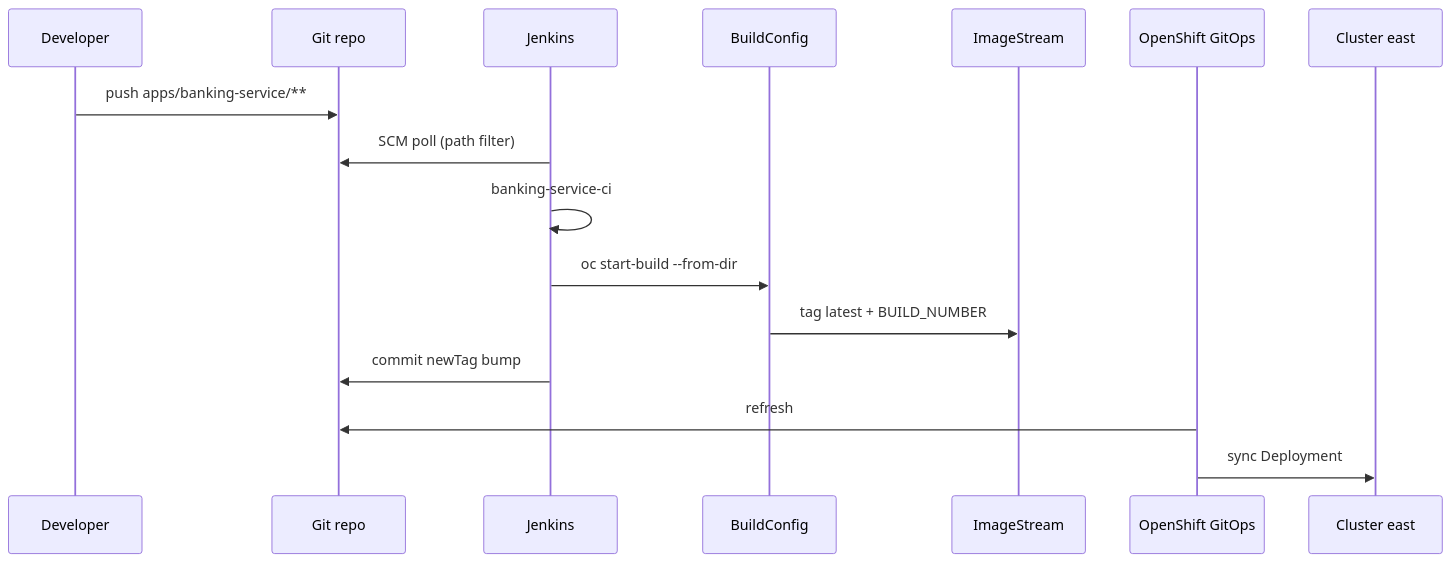
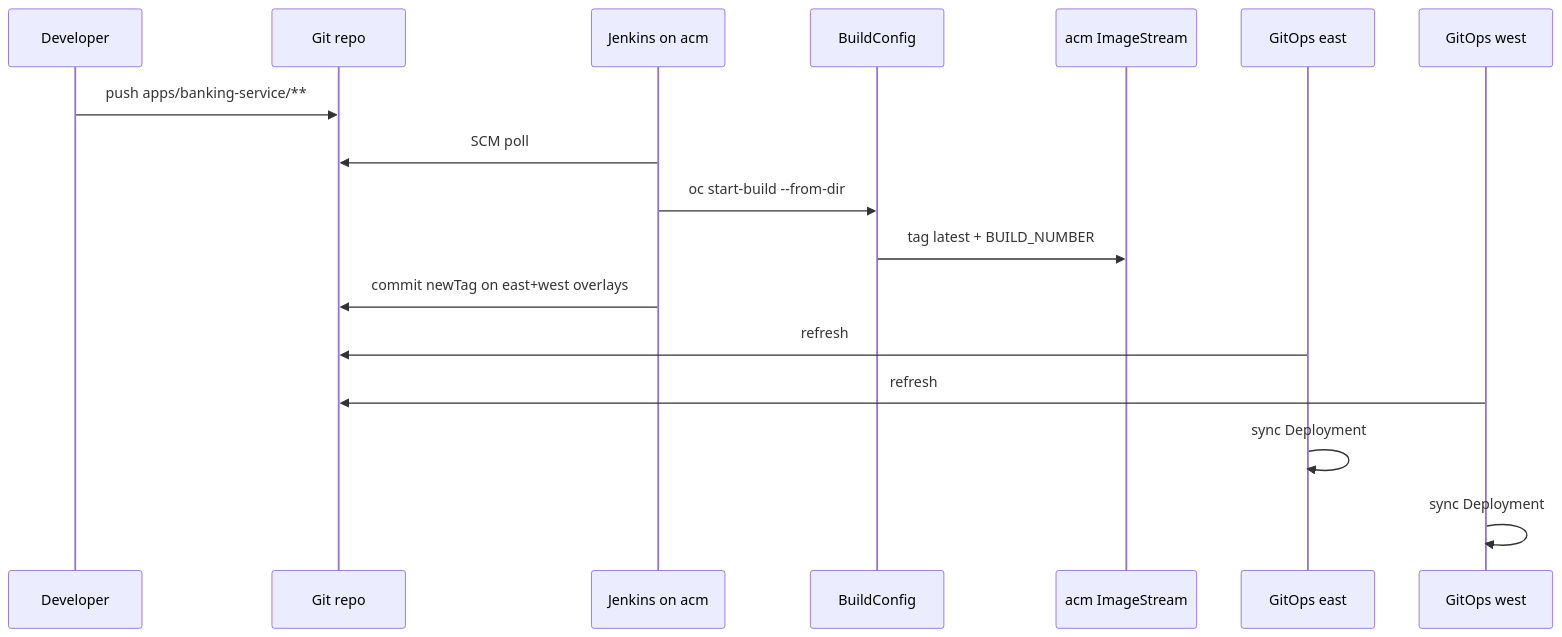
Before and after one commit to panchoraposo/demo-spring: the diagram in docs/ci-cd.md, drawn with Mermaid. The commit also changed other lines of this file and 108 other files, not shown here.

First line of the commit message:
feat: multi-cluster GitOps for acm/east/west with ambient mesh

````diff
--- a/docs/ci-cd.md
+++ b/docs/ci-cd.md
@@ -15,19 +18,20 @@
 ```mermaid
 sequenceDiagram
   participant Dev as Developer
   participant Git as Git repo
-  participant J as Jenkins
+  participant J as Jenkins on acm
   participant BC as BuildConfig
-  participant Reg as ImageStream
-  participant Argo as OpenShift GitOps
-  participant East as Cluster east
+  participant Reg as acm ImageStream
+  participant ArgoE as GitOps east
+  participant ArgoW as GitOps west
 
   Dev->>Git: push apps/banking-service/**
-  J->>Git: SCM poll (path filter)
-  J->>J: banking-service-ci
+  J->>Git: SCM poll
   J->>BC: oc start-build --from-dir
   BC->>Reg: tag latest + BUILD_NUMBER
-  J->>Git: commit newTag bump
-  Argo->>Git: refresh
-  Argo->>East: sync Deployment
+  J->>Git: commit newTag on east+west overlays
+  ArgoE->>Git: refresh
+  ArgoW->>Git: refresh
+  ArgoE->>ArgoE: sync Deployment
+  ArgoW->>ArgoW: sync Deployment
 ```
````
